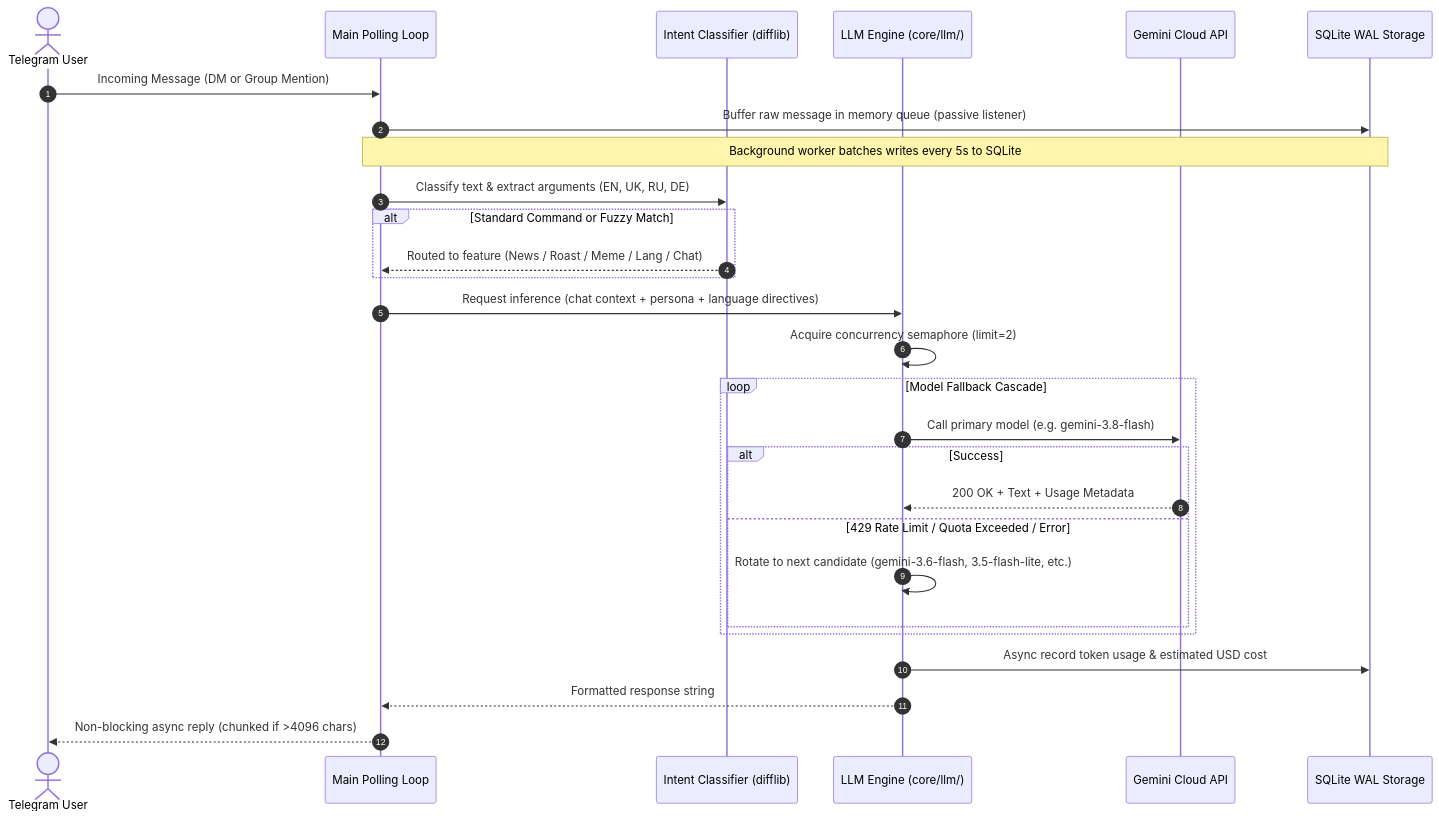
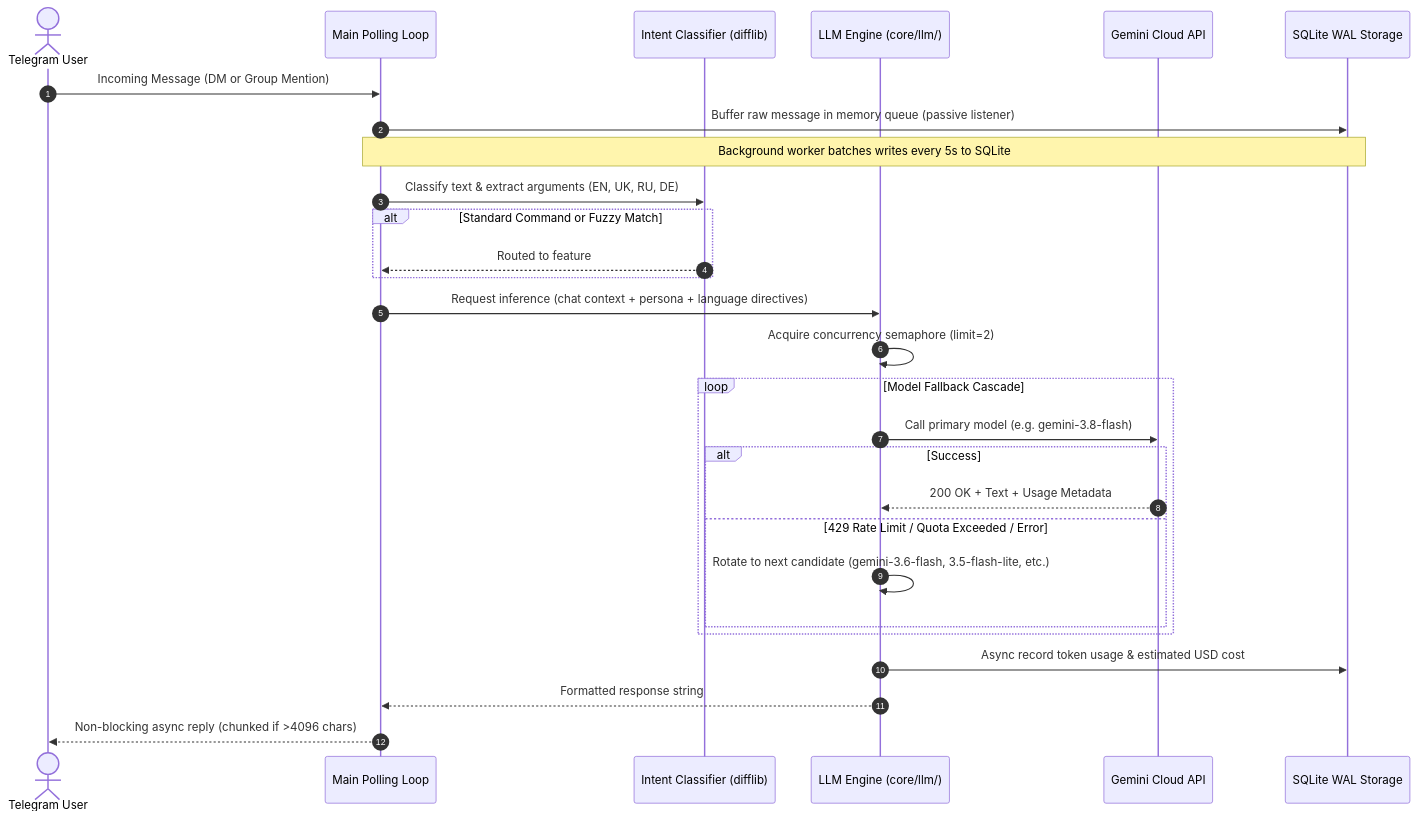
One commit to TheLogDuck/pi-telegram-chat-bot changed the second of 2 diagrams in README.md. Above: the diagram before and after it, drawn with Mermaid. The commit also changed other lines of this file, not shown here.

Commit message:
docs: minor README changes

````diff
--- a/README.md
+++ b/README.md
@@ -72,35 +72,35 @@
 ```mermaid
 sequenceDiagram
     autonumber
     actor User as Telegram User
     participant Bot as Main Polling Loop
     participant Intent as Intent Classifier (difflib)
     participant Core as LLM Engine (core/llm/)
     participant API as Gemini Cloud API
     participant DB as SQLite WAL Storage
 
     User->>Bot: Incoming Message (DM or Group Mention)
     Bot->>DB: Buffer raw message in memory queue (passive listener)
     Note over Bot,DB: Background worker batches writes every 5s to SQLite
     Bot->>Intent: Classify text & extract arguments (EN, UK, RU, DE)
     
     alt Standard Command or Fuzzy Match
-        Intent-->>Bot: Routed to feature (News / Roast / Meme / Lang / Chat)
+        Intent-->>Bot: Routed to feature
     end
 
     Bot->>Core: Request inference (chat context + persona + language directives)
     Core->>Core: Acquire concurrency semaphore (limit=2)
     
     loop Model Fallback Cascade
         Core->>API: Call primary model (e.g. gemini-3.8-flash)
         alt Success
             API-->>Core: 200 OK + Text + Usage Metadata
         else 429 Rate Limit / Quota Exceeded / Error
             Core->>Core: Rotate to next candidate (gemini-3.6-flash, 3.5-flash-lite, etc.)
         end
     end
 
     Core->>DB: Async record token usage & estimated USD cost
     Core-->>Bot: Formatted response string
     Bot-->>User: Non-blocking async reply (chunked if >4096 chars)
 ```
````
